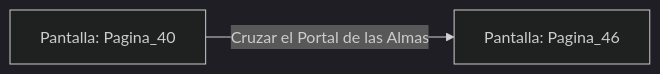
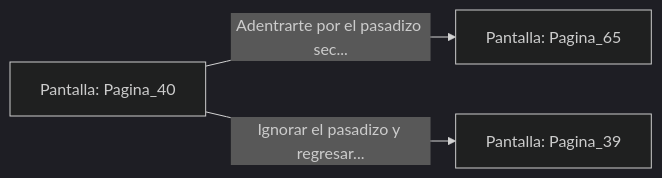
The diagram in sample/eligejuego-vault/Pantalla_Pagina_40.md (metsuke/mpl), drawn with Mermaid (dark theme) before and after one commit. The commit also changed other lines of this file and 635 other files, not shown here.

First line of the commit message:
fix: añadir Pagina_1 como pantalla inicial en capitulo_01.mpl

````diff
--- a/sample/eligejuego-vault/Pantalla_Pagina_40.md
+++ b/sample/eligejuego-vault/Pantalla_Pagina_40.md
@@ -14,5 +22,6 @@
 ```mermaid
 graph LR
     P_Pagina_40["Pantalla: Pagina_40"]
-    P_Pagina_40 -->|"Cruzar el Portal de las Almas"| P_Pagina_46["Pantalla: Pagina_46"]
+    P_Pagina_40 -->|"Adentrarte por el pasadizo sec..."| P_Pagina_65["Pantalla: Pagina_65"]
+    P_Pagina_40 -->|"Ignorar el pasadizo y regresar..."| P_Pagina_39["Pantalla: Pagina_39"]
 ```
````
